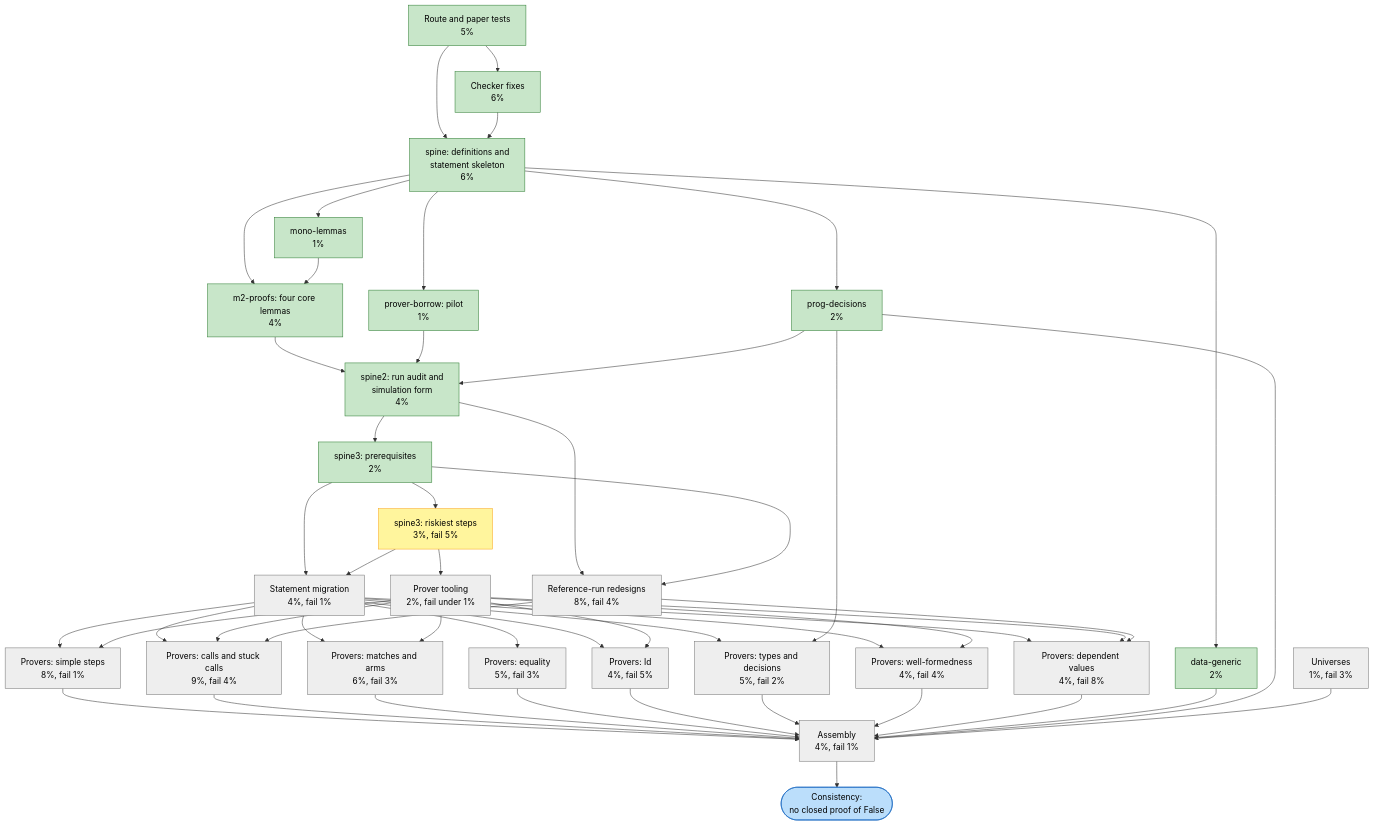
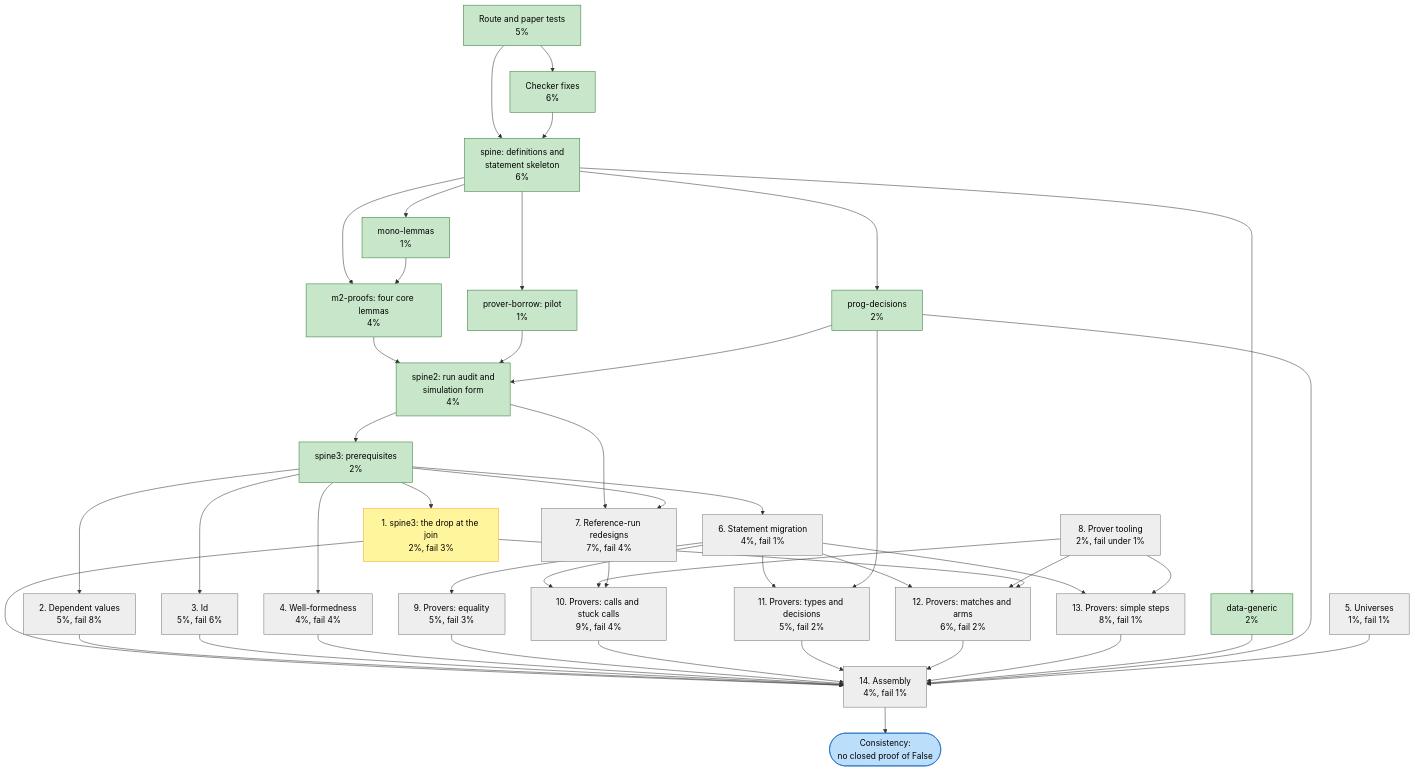
Before and after one commit to charlielidbury/ochre: the diagram in ochr/docs/32-consistency-work-units.md, drawn with Mermaid. The commit also changed other lines of this file, not shown here.

Commit message:
ochr/docs/32: the to-do table is in schedule order, risk forward; dependent values moves to second
The to-do rows had no order, and the prover units read as if dependent
values came last. They are now numbered in the order they will be taken:
the running unit, then the highest chance of failure for the least time.
Dependent values is second. It was being held back by a prerequisite (the
reference run gives a partly opened dependent value no meaning yet, so
the step could not be stated); that piece moves ahead with it and is
counted in its row. Id and well-formedness follow, then the three units
every remaining prover needs. The join drop and Id rows are no longer
split between spine3 and the provers. The diagram follows.

Claude-Session: https://claude.ai/code/session_01JC2Am19pNxk9cVF1D1aZLn

```diff
--- a/ochr/docs/32-consistency-work-units.md
+++ b/ochr/docs/32-consistency-work-units.md
@@ -75,22 +77,22 @@
 
     spine3a["spine3: prerequisites<br/>2%"]:::done
 
-    spine3["spine3: riskiest steps<br/>3%, fail 5%"]:::running
-    migrate["Statement migration<br/>4%, fail 1%"]:::todo
-    redesign["Reference-run redesigns<br/>8%, fail 4%"]:::todo
-    tooling["Prover tooling<br/>2%, fail under 1%"]:::todo
+    joinDrop["1. spine3: the drop at the join<br/>2%, fail 3%"]:::running
+    dep["2. Dependent values<br/>5%, fail 8%"]:::todo
+    idn["3. Id<br/>5%, fail 6%"]:::todo
+    wf["4. Well-formedness<br/>4%, fail 4%"]:::todo
+    universes["5. Universes<br/>1%, fail 1%"]:::todo
+    migrate["6. Statement migration<br/>4%, fail 1%"]:::todo
+    redesign["7. Reference-run redesigns<br/>7%, fail 4%"]:::todo
+    tooling["8. Prover tooling<br/>2%, fail under 1%"]:::todo
 
-    pSimple["Provers: simple steps<br/>8%, fail 1%"]:::todo
-    pCalls["Provers: calls and stuck calls<br/>9%, fail 4%"]:::todo
-    pMatch["Provers: matches and arms<br/>6%, fail 3%"]:::todo
-    pEq["Provers: equality<br/>5%, fail 3%"]:::todo
-    pId["Provers: Id<br/>4%, fail 5%"]:::todo
-    pTypes["Provers: types and decisions<br/>5%, fail 2%"]:::todo
-    pWF["Provers: well-formedness<br/>4%, fail 4%"]:::todo
-    pDep["Provers: dependent values<br/>4%, fail 8%"]:::todo
+    pEq["9. Provers: equality<br/>5%, fail 3%"]:::todo
+    pCalls["10. Provers: calls and stuck calls<br/>9%, fail 4%"]:::todo
+    pTypes["11. Provers: types and decisions<br/>5%, fail 2%"]:::todo
+    pMatch["12. Provers: matches and arms<br/>6%, fail 2%"]:::todo
+    pSimple["13. Provers: simple steps<br/>8%, fail 1%"]:::todo
 
-    universes["Universes<br/>1%, fail 3%"]:::todo
-    assembly["Assembly<br/>4%, fail 1%"]:::todo
+    assembly["14. Assembly<br/>4%, fail 1%"]:::todo
     goal(["Consistency:<br/>no closed proof of False"]):::goal
 
     tests --> fixes
@@ -107,39 +109,35 @@
     progdec --> spine2
 
     spine2 --> spine3a
-    spine3a --> spine3
     spine2 --> redesign
+    spine3a --> joinDrop
+    spine3a --> dep
+    spine3a --> idn
+    spine3a --> wf
     spine3a --> redesign
     spine3a --> migrate
-    spine3 --> migrate
-    spine3 --> tooling
 
+    migrate --> pEq
+    migrate --> pCalls
+    migrate --> pTypes
+    migrate --> pMatch
     migrate --> pSimple
-    migrate --> pCalls
-    migrate --> pMatch
-    migrate --> pEq
-    migrate --> pId
-    migrate --> pTypes
-    migrate --> pWF
-    migrate --> pDep
-    tooling --> pSimple
     tooling --> pCalls
     tooling --> pMatch
-    tooling --> pId
-    tooling --> pWF
-    tooling --> pDep
+    tooling --> pSimple
     redesign --> pCalls
-    redesign --> pDep
+    joinDrop --> pMatch
     progdec --> pTypes
 
+    joinDrop --> assembly
+    dep --> assembly
+    idn --> assembly
+    wf --> assembly
+    pEq --> assembly
+    pCalls --> assembly
+    pTypes --> assembly
+    pMatch --> assembly
     pSimple --> assembly
-    pCalls --> assembly
-    pMatch --> assembly
-    pEq --> assembly
-    pId --> assembly
-    pTypes --> assembly
-    pWF --> assembly
-    pDep --> assembly
     datagen --> assembly
     progdec --> assembly
     universes --> assembly
```
